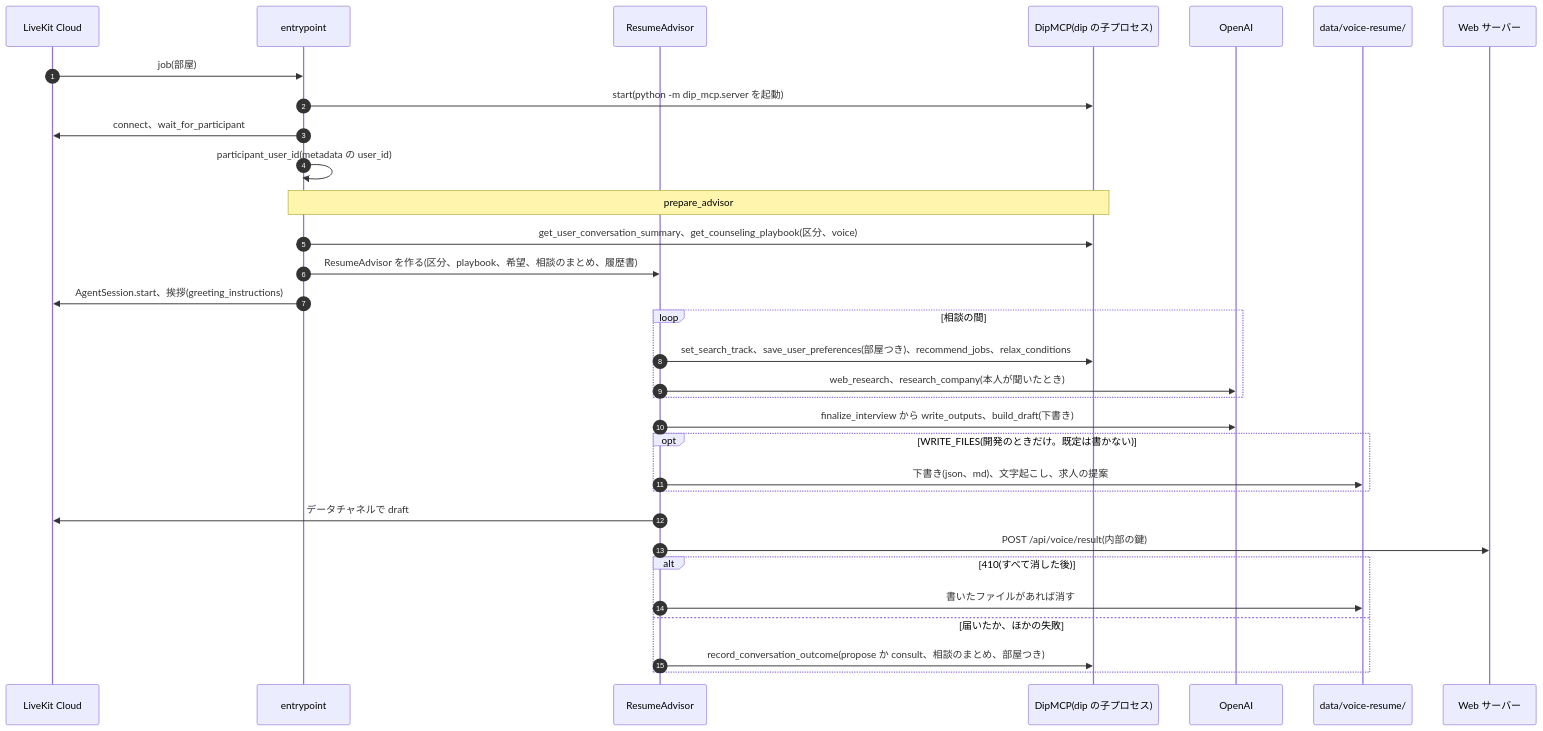
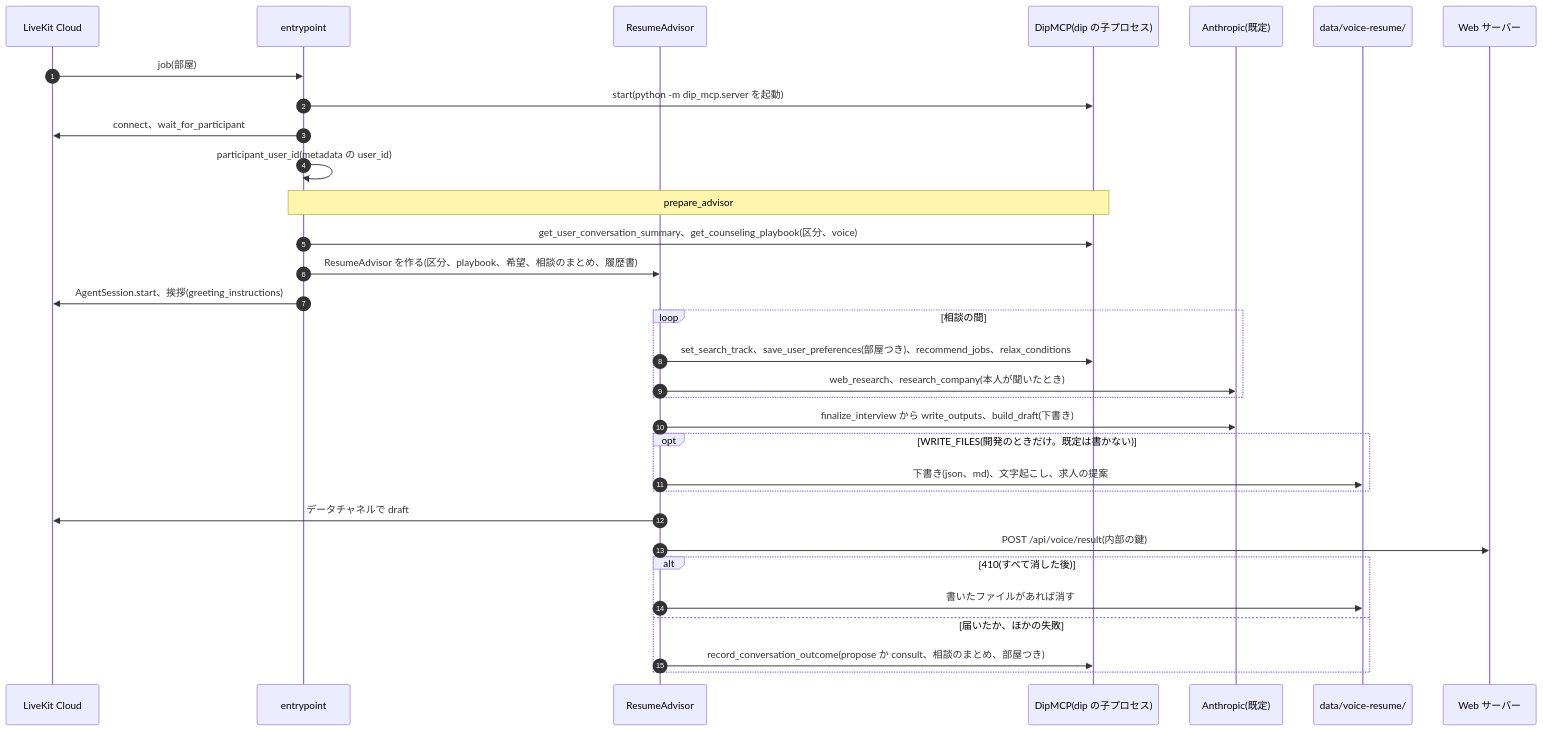
The seventh of 12 diagrams in docs/architecture/lld.md (jyoka/aica), drawn with Mermaid before and after one commit. The commit also changed other lines of this file and 38 other files, not shown here.

````diff
--- a/docs/architecture/lld.md
+++ b/docs/architecture/lld.md
@@ -929,35 +947,35 @@
 ```mermaid
 sequenceDiagram
     autonumber
     participant K as LiveKit Cloud
     participant E as entrypoint
     participant A as ResumeAdvisor
     participant D as DipMCP(dip の子プロセス)
-    participant O as OpenAI
+    participant O as Anthropic(既定)
     participant F as data/voice-resume/
     participant S as Web サーバー
 
     K->>E: job(部屋)
     E->>D: start(python -m dip_mcp.server を起動)
     E->>K: connect、wait_for_participant
     E->>E: participant_user_id(metadata の user_id)
     Note over E,D: prepare_advisor
     E->>D: get_user_conversation_summary、get_counseling_playbook(区分、voice)
     E->>A: ResumeAdvisor を作る(区分、playbook、希望、相談のまとめ、履歴書)
     E->>K: AgentSession.start、挨拶(greeting_instructions)
     loop 相談の間
         A->>D: set_search_track、save_user_preferences(部屋つき)、recommend_jobs、relax_conditions
         A->>O: web_research、research_company(本人が聞いたとき)
     end
     A->>O: finalize_interview から write_outputs、build_draft(下書き)
     opt WRITE_FILES(開発のときだけ。既定は書かない)
         A->>F: 下書き(json、md)、文字起こし、求人の提案
     end
     A->>K: データチャネルで draft
     A->>S: POST /api/voice/result(内部の鍵)
     alt 410(すべて消した後)
         A->>F: 書いたファイルがあれば消す
     else 届いたか、ほかの失敗
         A->>D: record_conversation_outcome(propose か consult、相談のまとめ、部屋つき)
     end
 ```
````
